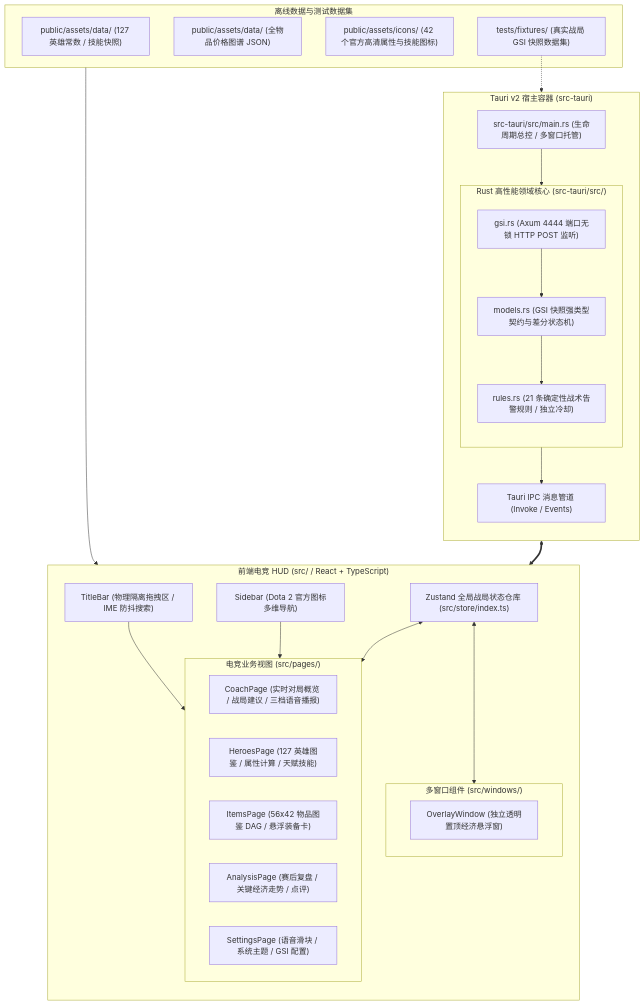
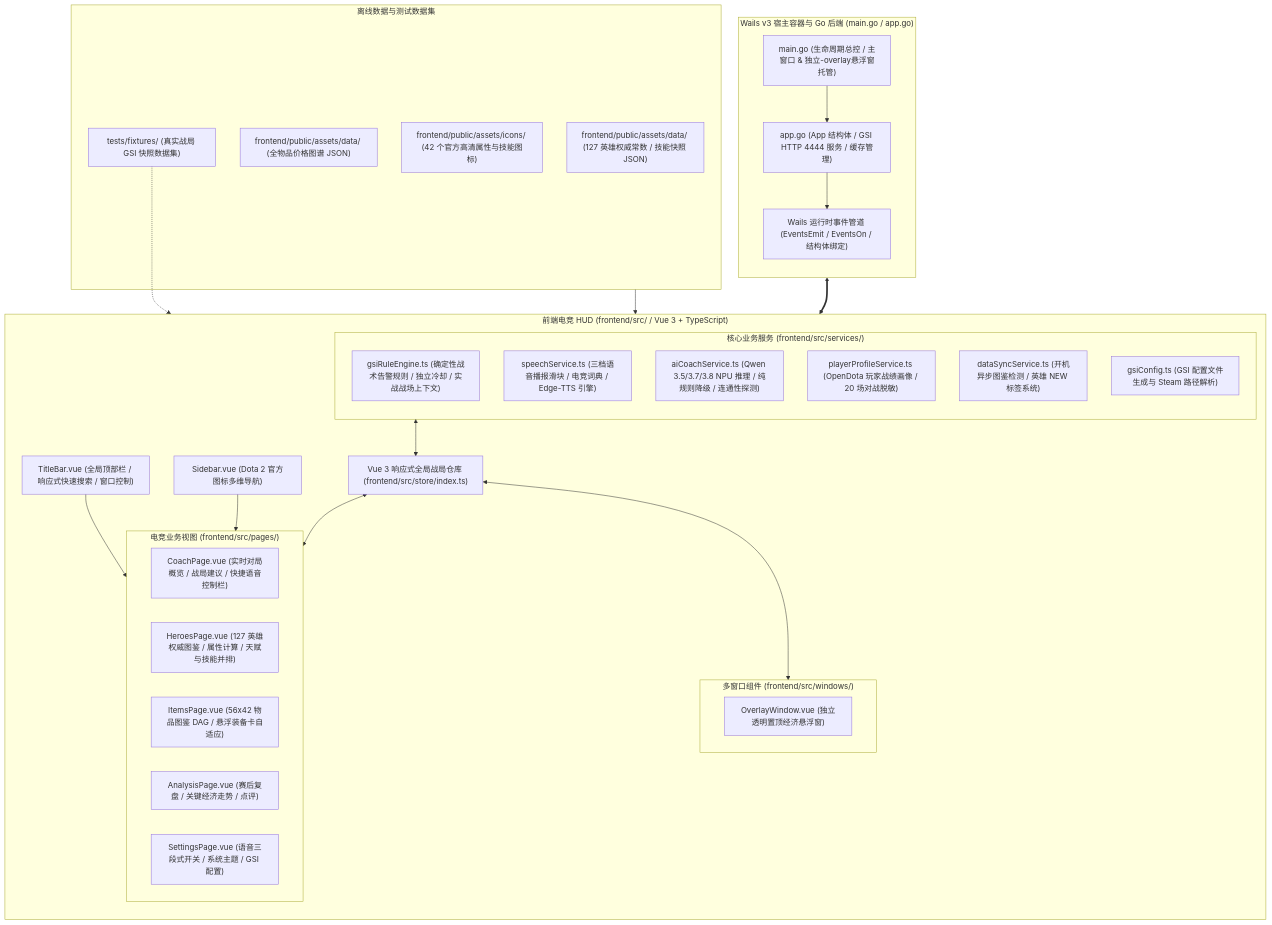
Before and after one commit to filusilia/tiny-coach: the diagram in docs/SYSTEM_LANDSCAPE.md, drawn with Mermaid. The commit also changed other lines of this file and 170 other files, not shown here.

````diff
--- a/docs/SYSTEM_LANDSCAPE.md
+++ b/docs/SYSTEM_LANDSCAPE.md
@@ -11,53 +11,55 @@
 ```mermaid
 graph TB
-    subgraph Host ["Tauri v2 宿主容器 (src-tauri)"]
+    subgraph Host ["Wails v3 宿主容器与 Go 后端 (main.go / app.go)"]
         direction TB
-        RustMain["src-tauri/src/main.rs (生命周期总控 / 多窗口托管)"]
-        TauriIPC["Tauri IPC 消息管道 (Invoke / Events)"]
+        GoMain["main.go (生命周期总控 / 主窗口 & 独立-overlay悬浮窗托管)"]
+        GoApp["app.go (App 结构体 / GSI HTTP 4444 服务 / 缓存管理)"]
+        WailsIPC["Wails 运行时事件管道 (EventsEmit / EventsOn / 结构体绑定)"]
 
-        subgraph Core_Domain ["Rust 高性能领域核心 (src-tauri/src/)"]
-            direction TB
-            C_Rx["gsi.rs (Axum 4444 端口无锁 HTTP POST 监听)"]
-            C_Rule["rules.rs (21 条确定性战术告警规则 / 独立冷却)"]
-            C_Model["models.rs (GSI 快照强类型契约与差分状态机)"]
+        GoMain --> GoApp
+        GoApp --> WailsIPC
+    end
 
-            C_Rx --> C_Model --> C_Rule
+    subgraph Frontend_HUD ["前端电竞 HUD (frontend/src/ / Vue 3 + TypeScript)"]
+        direction TB
+        TitleBar["TitleBar.vue (全局顶部栏 / 响应式快速搜索 / 窗口控制)"]
+        Sidebar["Sidebar.vue (Dota 2 官方图标多维导航)"]
+        Store["Vue 3 响应式全局战局仓库 (frontend/src/store/index.ts)"]
+
+        subgraph Services ["核心业务服务 (frontend/src/services/)"]
+            S_Rule["gsiRuleEngine.ts (确定性战术告警规则 / 独立冷却 / 实战战场上下文)"]
+            S_Speech["speechService.ts (三档语音播报滑块 / 电竞词典 / Edge-TTS 引擎)"]
+            S_AI["aiCoachService.ts (Qwen 3.5/3.7/3.8 NPU 推理 / 纯规则降级 / 连通性探测)"]
+            S_Profile["playerProfileService.ts (OpenDota 玩家战绩画像 / 20 场对战脱敏)"]
+            S_Sync["dataSyncService.ts (开机异步图鉴检测 / 英雄 NEW 标签系统)"]
+            S_Config["gsiConfig.ts (GSI 配置文件生成与 Steam 路径解析)"]
         end
 
-        RustMain --> C_Rx
-        C_Rule --> TauriIPC
-    end
-
-    subgraph Frontend_HUD ["前端电竞 HUD (src/ / React + TypeScript)"]
-        direction TB
-        TitleBar["TitleBar (物理隔离拖拽区 / IME 防抖搜索)"]
-        Sidebar["Sidebar (Dota 2 官方图标多维导航)"]
-        Store["Zustand 全局战局状态仓库 (src/store/index.ts)"]
-
-        subgraph Pages ["电竞业务视图 (src/pages/)"]
-            P_Coach["CoachPage (实时对局概览 / 战局建议 / 三档语音播报)"]
-            P_Heroes["HeroesPage (127 英雄图鉴 / 属性计算 / 天赋技能)"]
-            P_Items["ItemsPage (56x42 物品图鉴 DAG / 悬浮装备卡)"]
-            P_Analysis["AnalysisPage (赛后复盘 / 关键经济走势 / 点评)"]
-            P_Settings["SettingsPage (语音滑块 / 系统主题 / GSI 配置)"]
+        subgraph Pages ["电竞业务视图 (frontend/src/pages/)"]
+            P_Coach["CoachPage.vue (实时对局概览 / 战局建议 / 快捷语音控制栏)"]
+            P_Heroes["HeroesPage.vue (127 英雄权威图鉴 / 属性计算 / 天赋与技能并排)"]
+            P_Items["ItemsPage.vue (56x42 物品图鉴 DAG / 悬浮装备卡自适应)"]
+            P_Analysis["AnalysisPage.vue (赛后复盘 / 关键经济走势 / 点评)"]
+            P_Settings["SettingsPage.vue (语音三段式开关 / 系统主题 / GSI 配置)"]
         end
 
-        subgraph Windows ["多窗口组件 (src/windows/)"]
-            W_Overlay["OverlayWindow (独立透明置顶经济悬浮窗)"]
+        subgraph Windows ["多窗口组件 (frontend/src/windows/)"]
+            W_Overlay["OverlayWindow.vue (独立透明置顶经济悬浮窗)"]
         end
 
         TitleBar & Sidebar --> Pages
         Store <--> Pages & Windows
+        Services <--> Store
     end
 
     subgraph Assets_Data ["离线数据与测试数据集"]
-        Data_Heroes["public/assets/data/ (127 英雄常数 / 技能快照)"]
-        Data_Items["public/assets/data/ (全物品价格图谱 JSON)"]
-        Data_Icons["public/assets/icons/ (42 个官方高清属性与技能图标)"]
+        Data_Heroes["frontend/public/assets/data/ (127 英雄权威常数 / 技能快照 JSON)"]
+        Data_Items["frontend/public/assets/data/ (全物品价格图谱 JSON)"]
+        Data_Icons["frontend/public/assets/icons/ (42 个官方高清属性与技能图标)"]
         Fixtures["tests/fixtures/ (真实战局 GSI 快照数据集)"]
     end
 
-    TauriIPC <==> Store
+    WailsIPC <==> Store
     Assets_Data --> Frontend_HUD
-    Fixtures -.-> Core_Domain
+    Fixtures -.-> S_Rule
 ```
````
